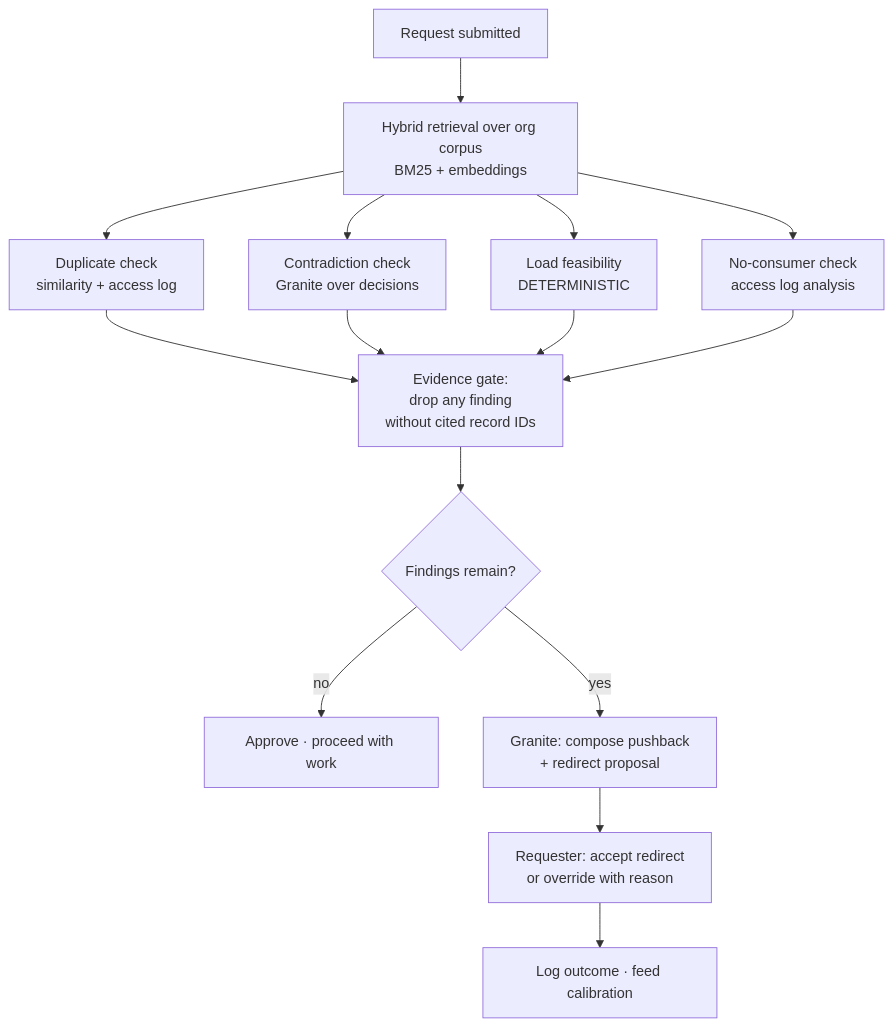
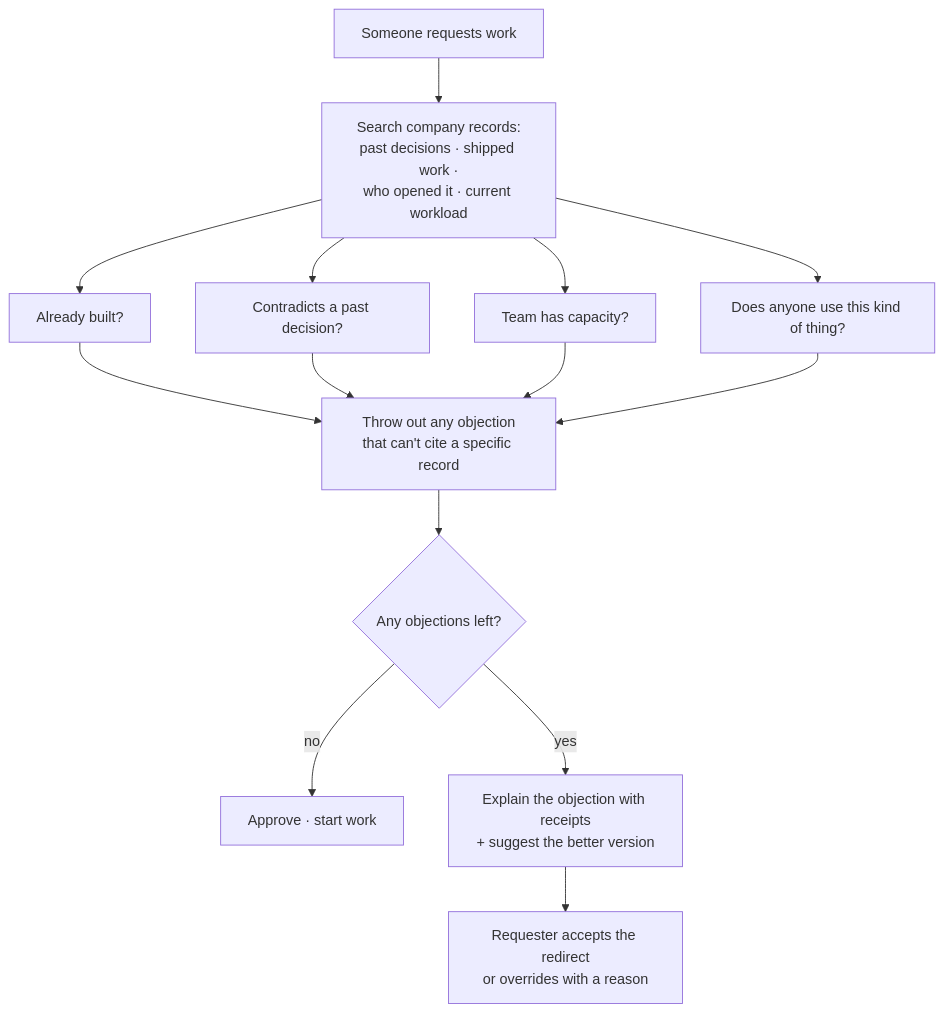
Before and after one commit to kidskoding/ledger: the third of 4 diagrams in docs/August Wildcard Project Notes.md, drawn with Mermaid. The commit also changed other lines of this file and 4 other files, not shown here.

````diff
--- a/docs/August Wildcard Project Notes.md
+++ b/docs/August Wildcard Project Notes.md
@@ -794,17 +90,16 @@
 ```mermaid
 flowchart TD
-    A[Request submitted] --> B[Hybrid retrieval over org corpus<br/>BM25 + embeddings]
-    B --> C1[Duplicate check<br/>similarity + access log]
-    B --> C2[Contradiction check<br/>Granite over decisions]
-    B --> C3[Load feasibility<br/>DETERMINISTIC]
-    B --> C4[No-consumer check<br/>access log analysis]
-    C1 --> D[Evidence gate:<br/>drop any finding<br/>without cited record IDs]
+    A[Someone requests work] --> B[Search company records:<br/>past decisions · shipped work ·<br/>who opened it · current workload]
+    B --> C1[Already built?]
+    B --> C2[Contradicts a past decision?]
+    B --> C3[Team has capacity?]
+    B --> C4[Does anyone use this kind of thing?]
+    C1 --> D[Throw out any objection<br/>that can't cite a specific record]
     C2 --> D
     C3 --> D
     C4 --> D
-    D --> E{Findings remain?}
-    E -->|no| F[Approve · proceed with work]
-    E -->|yes| G[Granite: compose pushback<br/>+ redirect proposal]
-    G --> H[Requester: accept redirect<br/>or override with reason]
-    H --> I[Log outcome · feed calibration]
+    D --> E{Any objections left?}
+    E -->|no| F[Approve · start work]
+    E -->|yes| G[Explain the objection with receipts<br/>+ suggest the better version]
+    G --> H[Requester accepts the redirect<br/>or overrides with a reason]
 ```
````
